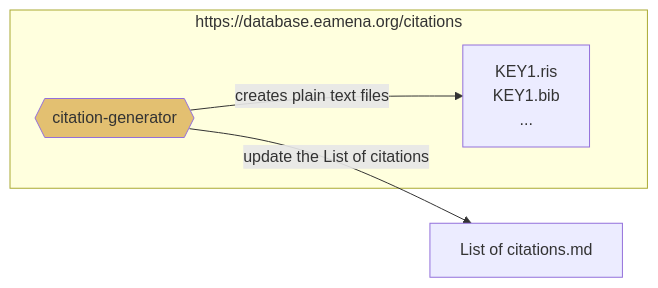
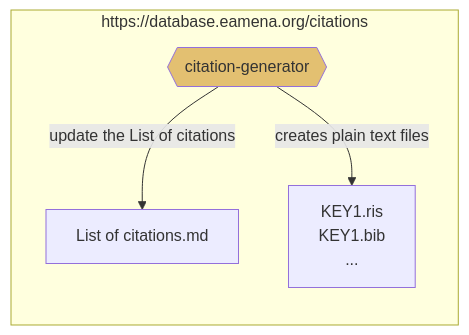
Before and after one commit to eamena-project/eamena-arches-dev: the third of 3 diagrams in data/bibref/README.md, drawn with Mermaid.

````diff
--- a/data/bibref/README.md
+++ b/data/bibref/README.md
@@ -69,8 +69,9 @@
 ```mermaid
 flowchart LR
-	G{{citation-generator}}:::eamenaFunc -- update the List of citations --> I[List of citations.md]
+	G{{citation-generator}}:::eamenaFunc;
 	subgraph "https://database.eamena.org/citations"
+	G -- update the List of citations --> I[List of citations.md];
 	G -- creates plain text files --> J[KEY1.ris <br> KEY1.bib <br> ...]
 	end
 	classDef eamenaFunc fill:#e3c071;
 ```
````
